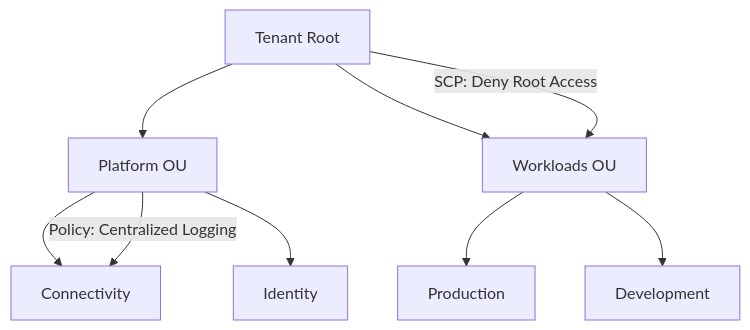
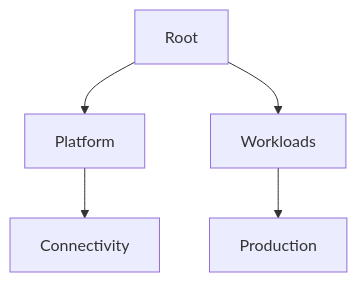
Before and after one commit to Devopstrio/hybrid-landingzone: the fourth of 30 diagrams in README.md, drawn with Mermaid. The commit also changed other lines of this file, not shown here.

Commit message:
docs: expand README with 30+ architectural diagrams

````diff
--- a/README.md
+++ b/README.md
@@ -131,14 +59,7 @@
 ```mermaid
 graph TD
-    Root[Tenant Root] --> Platform[Platform OU]
-    Root --> Workloads[Workloads OU]
-    
-    Platform --> Net[Connectivity]
-    Platform --> Id[Identity]
-    
-    Workloads --> Prod[Production]
-    Workloads --> Dev[Development]
-    
-    Root -- "SCP: Deny Root Access" --> Workloads
-    Platform -- "Policy: Centralized Logging" --> Net
+    Root[Root] --> Plat[Platform]
+    Root --> Work[Workloads]
+    Plat --> Conn[Connectivity]
+    Work --> Prod[Production]
 ```
````
